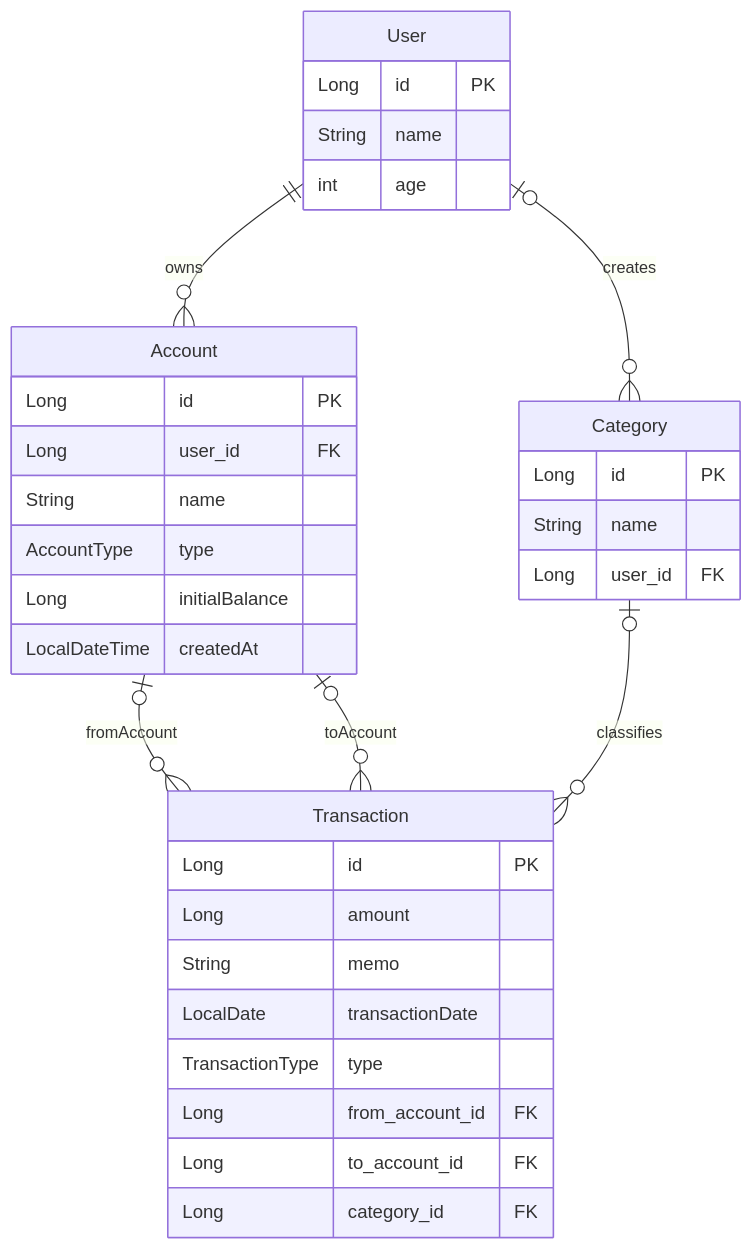
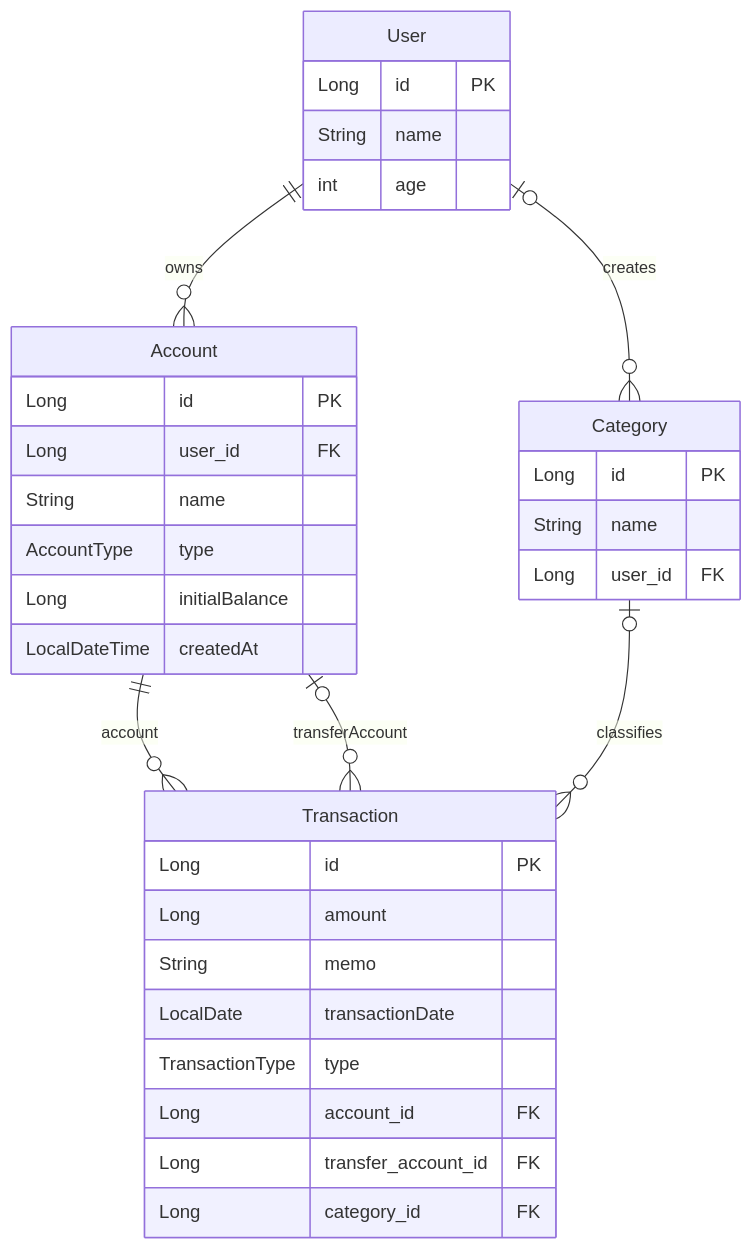
The diagram in Moneta_DB_Design.md (jiheon-k/Moneta_Project), drawn with Mermaid before and after one commit. The commit also changed other lines of this file and 11 other files, not shown here.

````diff
--- a/Moneta_DB_Design.md
+++ b/Moneta_DB_Design.md
@@ -29,37 +29,37 @@
 ```mermaid
 erDiagram
     User ||--o{ Account : owns
     User |o--o{ Category : creates
-    Account |o--o{ Transaction : fromAccount
-    Account |o--o{ Transaction : toAccount
+    Account ||--o{ Transaction : account
+    Account |o--o{ Transaction : transferAccount
     Category |o--o{ Transaction : classifies
 
     User {
         Long id PK
         String name
         int age
     }
     Account {
         Long id PK
         Long user_id FK
         String name
         AccountType type
         Long initialBalance
         LocalDateTime createdAt
     }
     Category {
         Long id PK
         String name
         Long user_id FK
     }
     Transaction {
         Long id PK
         Long amount
         String memo
         LocalDate transactionDate
         TransactionType type
-        Long from_account_id FK
-        Long to_account_id FK
+        Long account_id FK
+        Long transfer_account_id FK
         Long category_id FK
     }
 ```
````
